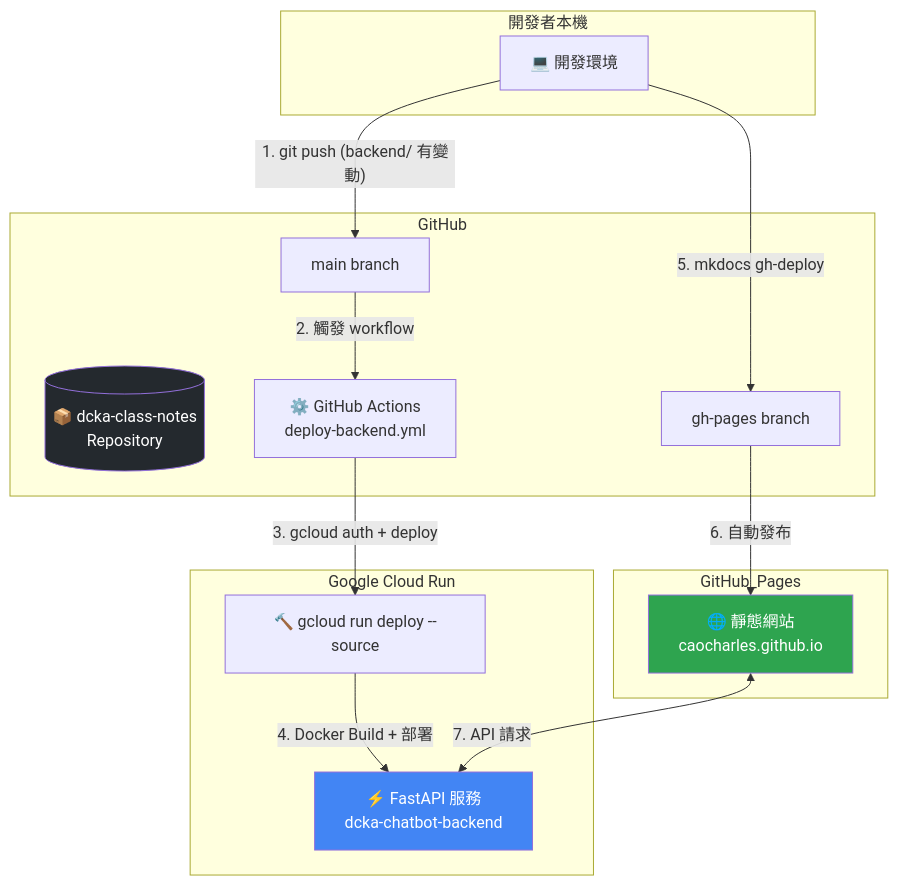
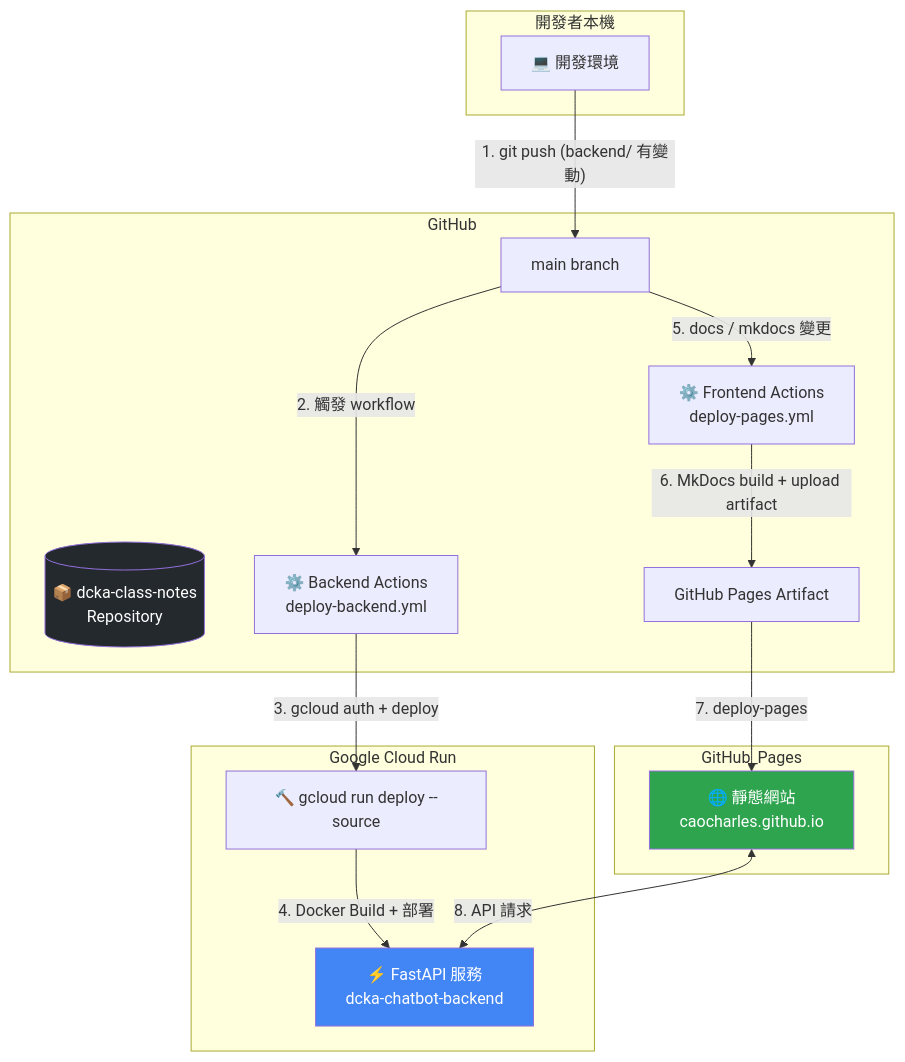
The second of 2 diagrams in backend/README.md (CaoCharles/dcka-class-notes), drawn with Mermaid before and after one commit. The commit also changed other lines of this file and 33 other files, not shown here.

Commit message:
feat: harden chatbot deployment and document architecture

````diff
--- a/backend/README.md
+++ b/backend/README.md
@@ -338,36 +360,38 @@
 ```mermaid
 flowchart TB
     subgraph GitHub
         GH_Repo[("📦 dcka-class-notes<br/>Repository")]
         GH_Main["main branch"]
-        GH_Pages["gh-pages branch"]
-        GH_Action["⚙️ GitHub Actions<br/>deploy-backend.yml"]
+        GH_Pages["GitHub Pages Artifact"]
+        GH_Action["⚙️ Backend Actions<br/>deploy-backend.yml"]
+        GH_Pages_Action["⚙️ Frontend Actions<br/>deploy-pages.yml"]
     end
 
     subgraph 開發者本機
         DEV["💻 開發環境"]
     end
 
     subgraph "Google Cloud Run"
         CR_Build["🔨 gcloud run deploy --source"]
         CR_Service["⚡ FastAPI 服務<br/>dcka-chatbot-backend"]
     end
 
     subgraph GitHub_Pages
         GP["🌐 靜態網站<br/>caocharles.github.io"]
     end
 
     DEV -->|"1. git push (backend/ 有變動)"| GH_Main
     GH_Main -->|"2. 觸發 workflow"| GH_Action
     GH_Action -->|"3. gcloud auth + deploy"| CR_Build
     CR_Build -->|"4. Docker Build + 部署"| CR_Service
 
-    DEV -->|"5. mkdocs gh-deploy"| GH_Pages
-    GH_Pages -->|"6. 自動發布"| GP
+    GH_Main -->|"5. docs / mkdocs 變更"| GH_Pages_Action
+    GH_Pages_Action -->|"6. MkDocs build + upload artifact"| GH_Pages
+    GH_Pages -->|"7. deploy-pages"| GP
 
-    GP <-->|"7. API 請求"| CR_Service
+    GP <-->|"8. API 請求"| CR_Service
 
     style GH_Repo fill:#24292e,color:#fff
     style CR_Service fill:#4285F4,color:#fff
     style GP fill:#2ea44f,color:#fff
 ```
````
